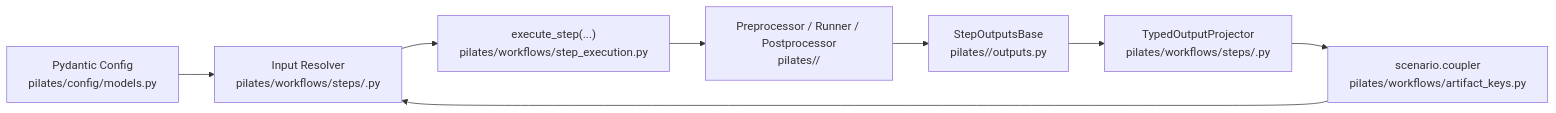
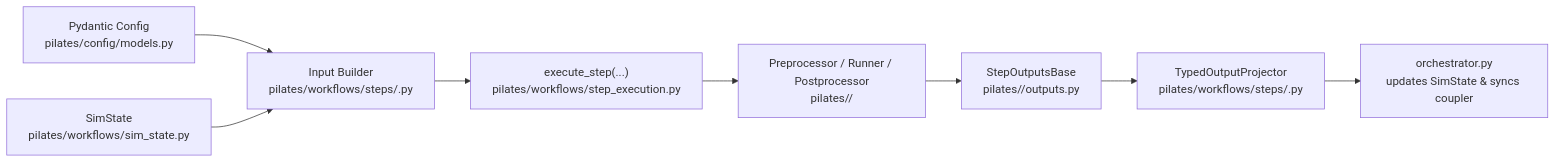
The diagram in docs/extend/adding_a_model.md (LBNL-UCB-STI/PILATES), drawn with Mermaid before and after one commit. The commit also changed other lines of this file and 1 other file, not shown here.

Commit message:
docs(extend): update model scaffold and guide for SimState orchestrator

````diff
--- a/docs/extend/adding_a_model.md
+++ b/docs/extend/adding_a_model.md
@@ -16,10 +16,10 @@
 ```mermaid
 flowchart LR
-    Config["Pydantic Config\npilates/config/models.py"] --> Resolver["Input Resolver\npilates/workflows/steps/<model>.py"]
-    Coupler["scenario.coupler\npilates/workflows/artifact_keys.py"] --> Resolver
+    Config["Pydantic Config\npilates/config/models.py"] --> Resolver["Input Builder\npilates/workflows/steps/<model>.py"]
+    SimState["SimState\npilates/workflows/sim_state.py"] --> Resolver
     Resolver --> Exec["execute_step(...)\npilates/workflows/step_execution.py"]
     Exec --> Adapter["Preprocessor / Runner / Postprocessor\npilates/<model>/"]
     Adapter --> Outputs["StepOutputsBase\npilates/<model>/outputs.py"]
     Outputs --> Projector["TypedOutputProjector\npilates/workflows/steps/<model>.py"]
-    Projector --> Coupler
+    Projector --> Orchestrator["orchestrator.py\nupdates SimState & syncs coupler"]
 ```
````
